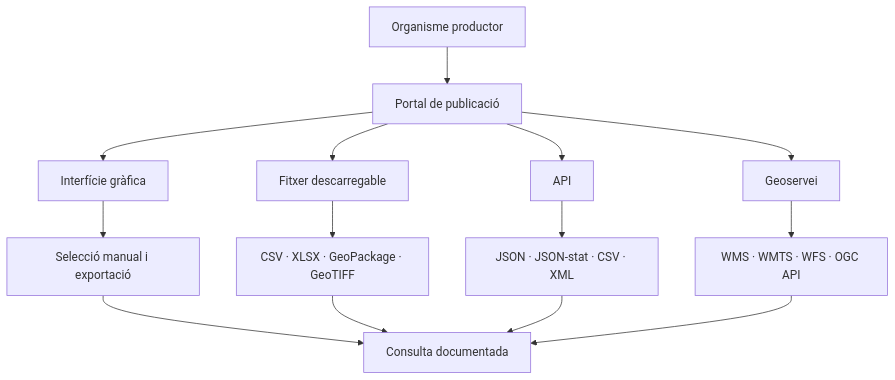
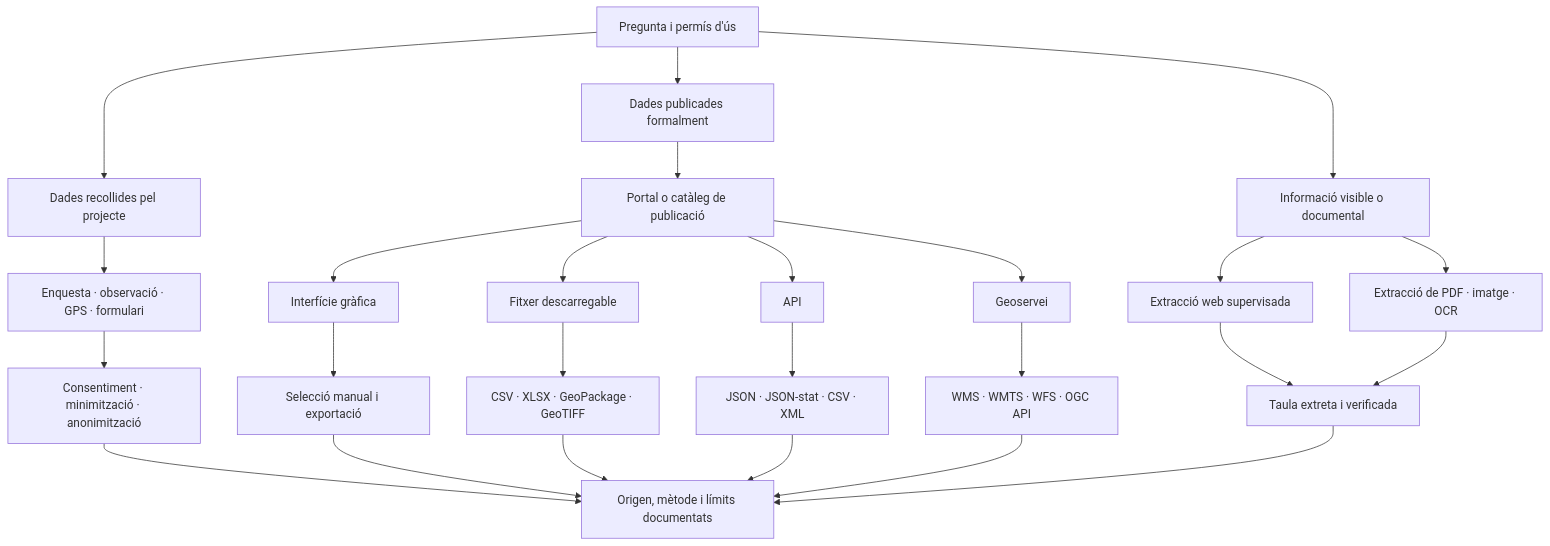
The diagram in assets/diagrams/data-access-modes.mmd (geourv/tigit), drawn with Mermaid before and after one commit. The commit also changed 41 other files, not shown here.

```diff
--- a/assets/diagrams/data-access-modes.mmd
+++ b/assets/diagrams/data-access-modes.mmd
@@ -1,14 +1,25 @@
 flowchart TB
-  source[Organisme productor] --> portal[Portal de publicació]
+  question[Pregunta i permís d'ús] --> own[Dades recollides pel projecte]
+  question --> published[Dades publicades formalment]
+  question --> document[Informació visible o documental]
+  own --> collection[Enquesta · observació · GPS · formulari]
+  collection --> ethics[Consentiment · minimització · anonimització]
+  published --> portal[Portal o catàleg de publicació]
   portal --> gui[Interfície gràfica]
   portal --> download[Fitxer descarregable]
   portal --> api[API]
   portal --> geoservice[Geoservei]
+  document --> scraping[Extracció web supervisada]
+  document --> extraction[Extracció de PDF · imatge · OCR]
+  scraping --> extracted[Taula extreta i verificada]
+  extraction --> extracted
   gui --> selection[Selecció manual i exportació]
   download --> files[CSV · XLSX · GeoPackage · GeoTIFF]
   api --> response[JSON · JSON-stat · CSV · XML]
   geoservice --> ogc[WMS · WMTS · WFS · OGC API]
-  selection --> documented[Consulta documentada]
+  ethics --> documented[Origen, mètode i límits documentats]
+  selection --> documented
   files --> documented
   response --> documented
   ogc --> documented
+  extracted --> documented
```
